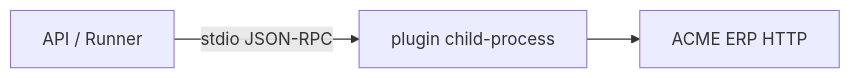
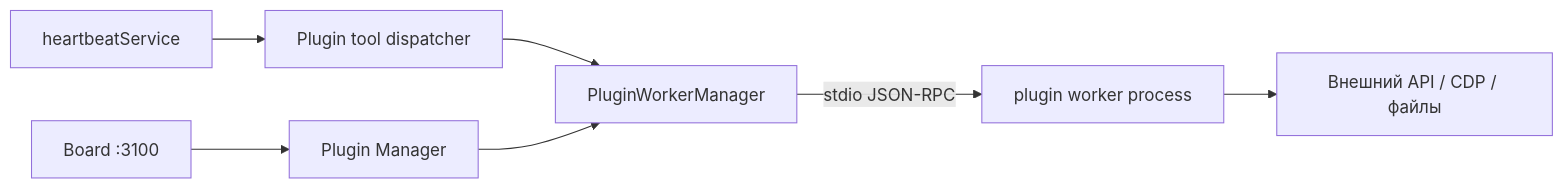
One commit to Dmitriion/datagent-docs changed the diagram in docs/tutorials/build-plugin.md. Above: the diagram before and after it, drawn with Mermaid. The commit also changed other lines of this file and 21 other files, not shown here.

````diff
--- a/docs/tutorials/build-plugin.md
+++ b/docs/tutorials/build-plugin.md
@@ -78,5 +23,9 @@
 ```mermaid
 flowchart LR
-  API[API / Runner] -->|stdio JSON-RPC| Child[plugin child-process]
-  Child --> ERP[ACME ERP HTTP]
+  HB[heartbeatService] --> TD[Plugin tool dispatcher]
+  TD --> PWM[PluginWorkerManager]
+  PWM -->|stdio JSON-RPC| W[plugin worker process]
+  W --> API[Внешний API / CDP / файлы]
+  Board[Board :3100] --> PM[Plugin Manager]
+  PM --> PWM
 ```
````
